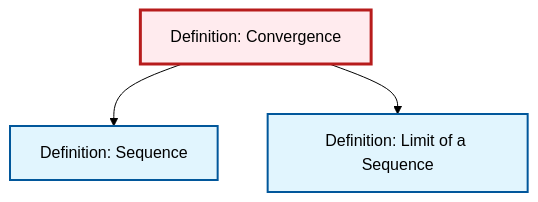
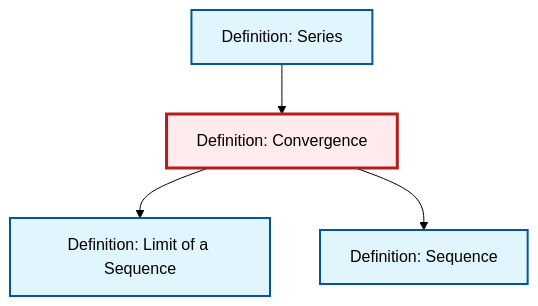
One commit to RK0429/ModernMath changed the diagram in content/ja/analysis/def-convergence.qmd. Above: the diagram before and after it, drawn with Mermaid (forest theme). The commit also changed 474 other files, not shown here.

````diff
--- a/content/ja/analysis/def-convergence.qmd
+++ b/content/ja/analysis/def-convergence.qmd
@@ -77,17 +77,20 @@
 ```{mermaid}
 %%| fig-cap: "Local dependency graph"
 graph TD
     classDef definition fill:#e1f5fe,stroke:#01579b,stroke-width:2px
     classDef theorem fill:#f3e5f5,stroke:#4a148c,stroke-width:2px
     classDef axiom fill:#fff3e0,stroke:#e65100,stroke-width:2px
     classDef example fill:#e8f5e9,stroke:#1b5e20,stroke-width:2px
     classDef current fill:#ffebee,stroke:#b71c1c,stroke-width:3px
+    def-limit["Definition: Limit of a Sequence"]:::definition
+    def-sequence["Definition: Sequence"]:::definition
     def-convergence["Definition: Convergence"]:::definition
-    def-sequence["Definition: Sequence"]:::definition
-    def-limit["Definition: Limit of a Sequence"]:::definition
+    def-series["Definition: Series"]:::definition
+    def-series --> def-convergence
+    def-convergence --> def-limit
     def-convergence --> def-sequence
-    def-convergence --> def-limit
     class def-convergence current
+    click def-limit "def-limit.html" "Definition: Limit of a Sequenceへ"
     click def-sequence "def-sequence.html" "Definition: Sequenceへ"
-    click def-limit "def-limit.html" "Definition: Limit of a Sequenceへ"
+    click def-series "def-series.html" "Definition: Seriesへ"
 ```
````
